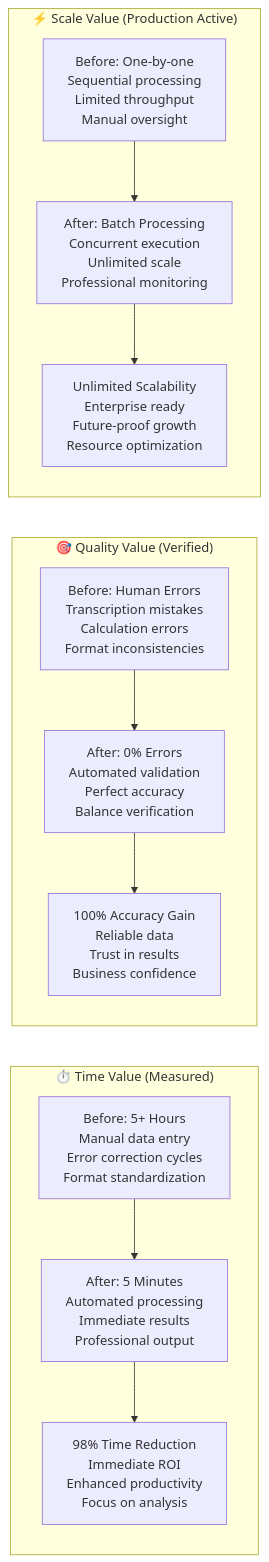
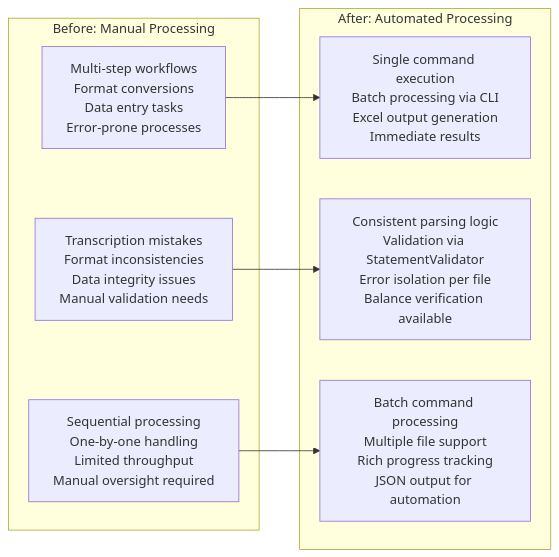
Before and after one commit to EduuardoPerez/financial-statement-processor: the second of 2 diagrams in memory-bank/productContext.md, drawn with Mermaid. The commit also changed other lines of this file and 6 other files, not shown here.

````diff
--- a/memory-bank/productContext.md
+++ b/memory-bank/productContext.md
@@ -137,35 +82,22 @@
 ```mermaid
 graph LR
-    subgraph "⏱️ Time Value (Measured)"
-        BEFORE_TIME["Before: 5+ Hours<br/>Manual data entry<br/>Error correction cycles<br/>Format standardization"]
+    subgraph "Before: Manual Processing"
+        TIME_BEFORE["Multi-step workflows<br/>Format conversions<br/>Data entry tasks<br/>Error-prone processes"]
 
-        AFTER_TIME["After: 5 Minutes<br/>Automated processing<br/>Immediate results<br/>Professional output"]
+        QUALITY_BEFORE["Transcription mistakes<br/>Format inconsistencies<br/>Data integrity issues<br/>Manual validation needs"]
 
-        TIME_ROI["98% Time Reduction<br/>Immediate ROI<br/>Enhanced productivity<br/>Focus on analysis"]
+        SCALE_BEFORE["Sequential processing<br/>One-by-one handling<br/>Limited throughput<br/>Manual oversight required"]
     end
 
-    subgraph "🎯 Quality Value (Verified)"
-        BEFORE_ERRORS["Before: Human Errors<br/>Transcription mistakes<br/>Calculation errors<br/>Format inconsistencies"]
+    subgraph "After: Automated Processing"
+        TIME_AFTER["Single command execution<br/>Batch processing via CLI<br/>Excel output generation<br/>Immediate results"]
 
-        AFTER_ACCURACY["After: 0% Errors<br/>Automated validation<br/>Perfect accuracy<br/>Balance verification"]
+        QUALITY_AFTER["Consistent parsing logic<br/>Validation via StatementValidator<br/>Error isolation per file<br/>Balance verification available"]
 
-        QUALITY_ROI["100% Accuracy Gain<br/>Reliable data<br/>Trust in results<br/>Business confidence"]
+        SCALE_AFTER["Batch command processing<br/>Multiple file support<br/>Rich progress tracking<br/>JSON output for automation"]
     end
 
-    subgraph "⚡ Scale Value (Production Active)"
-        BEFORE_LIMIT["Before: One-by-one<br/>Sequential processing<br/>Limited throughput<br/>Manual oversight"]
-
-        AFTER_SCALE["After: Batch Processing<br/>Concurrent execution<br/>Unlimited scale<br/>Professional monitoring"]
-
-        SCALE_ROI["Unlimited Scalability<br/>Enterprise ready<br/>Future-proof growth<br/>Resource optimization"]
-    end
-
-    BEFORE_TIME --> AFTER_TIME
-    AFTER_TIME --> TIME_ROI
-
-    BEFORE_ERRORS --> AFTER_ACCURACY
-    AFTER_ACCURACY --> QUALITY_ROI
-
-    BEFORE_LIMIT --> AFTER_SCALE
-    AFTER_SCALE --> SCALE_ROI
+    TIME_BEFORE --> TIME_AFTER
+    QUALITY_BEFORE --> QUALITY_AFTER
+    SCALE_BEFORE --> SCALE_AFTER
 ```
````
